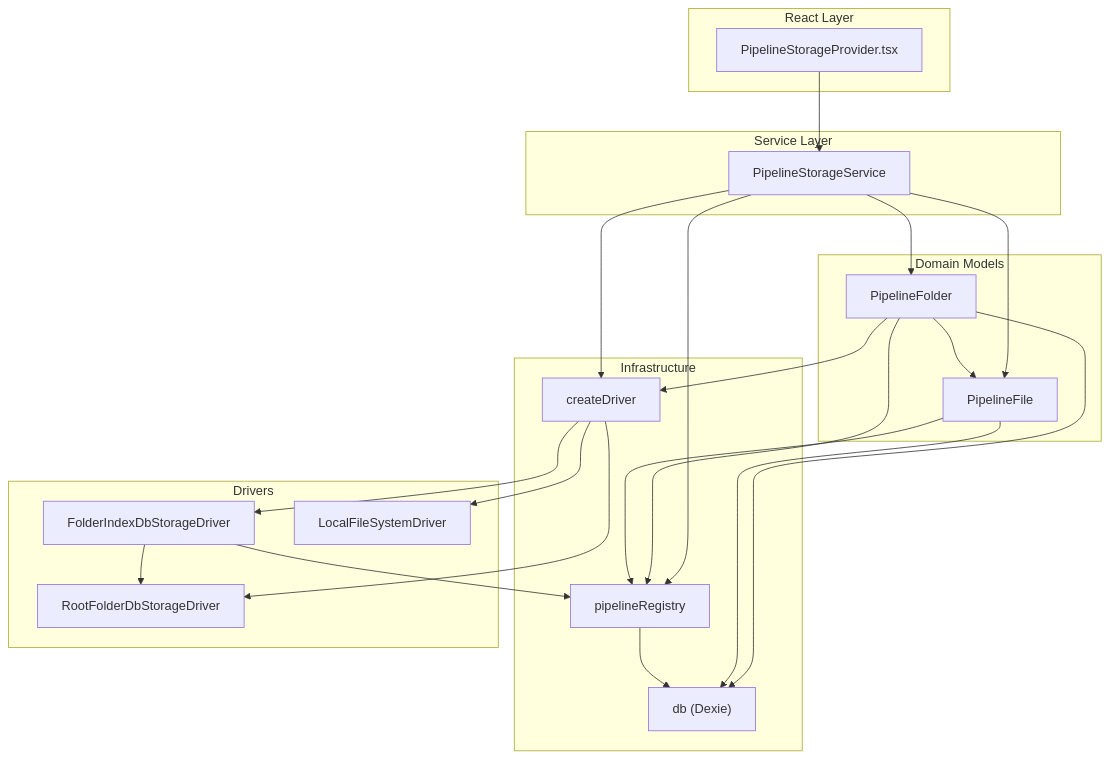
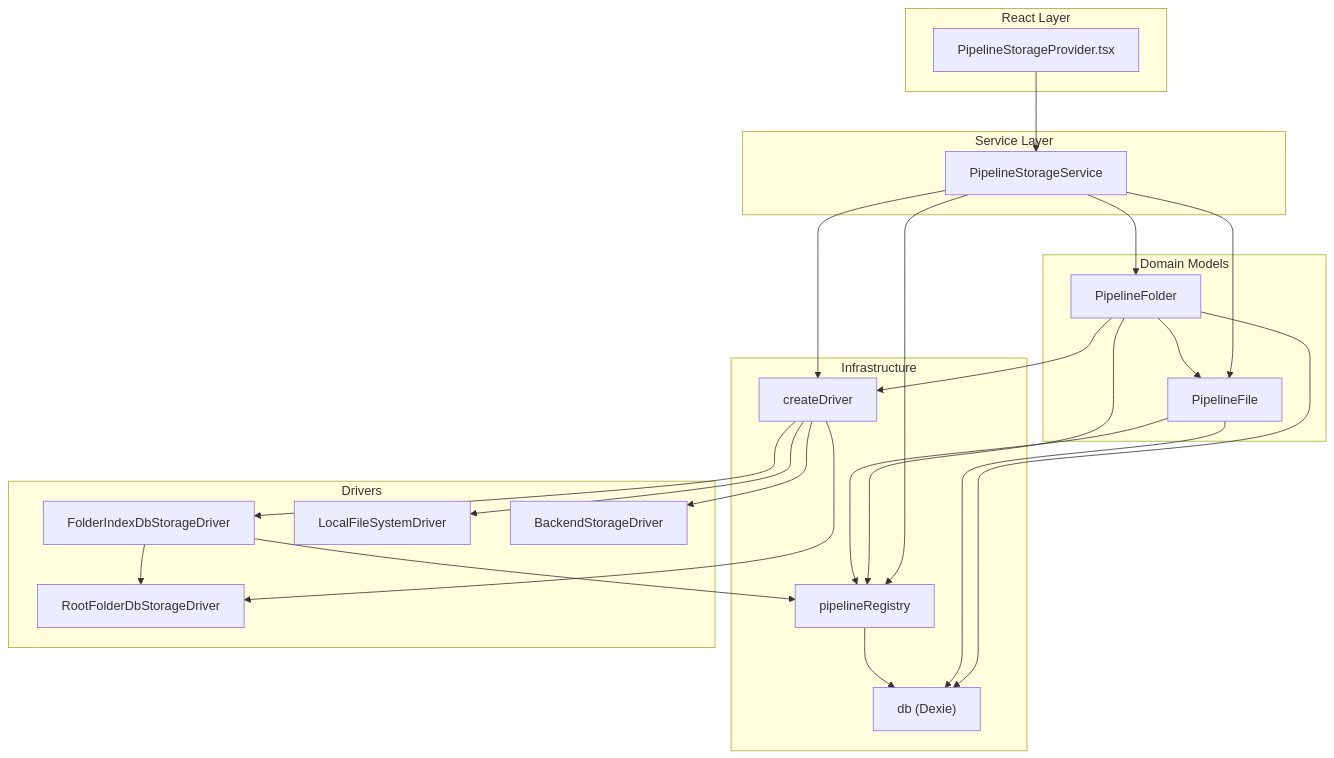
One commit to TangleML/tangle-ui changed the first of 10 diagrams in src/services/pipelineStorage/ARCHITECTURE.md. Above: the diagram before and after it, drawn with Mermaid. The commit also changed other lines of this file, not shown here.

First line of the commit message:
docs(pipeline-storage): describe the store as the backend it now is

````diff
--- a/src/services/pipelineStorage/ARCHITECTURE.md
+++ b/src/services/pipelineStorage/ARCHITECTURE.md
@@ -34,45 +40,47 @@
 ```mermaid
 graph TD
     subgraph react [React Layer]
         Provider["PipelineStorageProvider.tsx"]
     end
 
     subgraph service [Service Layer]
         Service["PipelineStorageService"]
     end
 
     subgraph domain [Domain Models]
         File["PipelineFile"]
         Folder["PipelineFolder"]
     end
 
     subgraph infra [Infrastructure]
         Registry["pipelineRegistry"]
         DB["db (Dexie)"]
         Factory["createDriver"]
     end
 
     subgraph drivers [Drivers]
         RootDriver["RootFolderDbStorageDriver"]
         FolderDriver["FolderIndexDbStorageDriver"]
         LocalDriver["LocalFileSystemDriver"]
+        BackendDriver["BackendStorageDriver"]
     end
 
     Provider --> Service
     Service --> Folder
     Service --> File
     Service --> Registry
     Service --> Factory
     Folder --> File
     Folder --> Registry
     Folder --> Factory
     Folder --> DB
     File --> Registry
     File --> DB
     Registry --> DB
     Factory --> RootDriver
     Factory --> FolderDriver
     Factory --> LocalDriver
+    Factory --> BackendDriver
     FolderDriver --> RootDriver
     FolderDriver --> Registry
 ```
````
